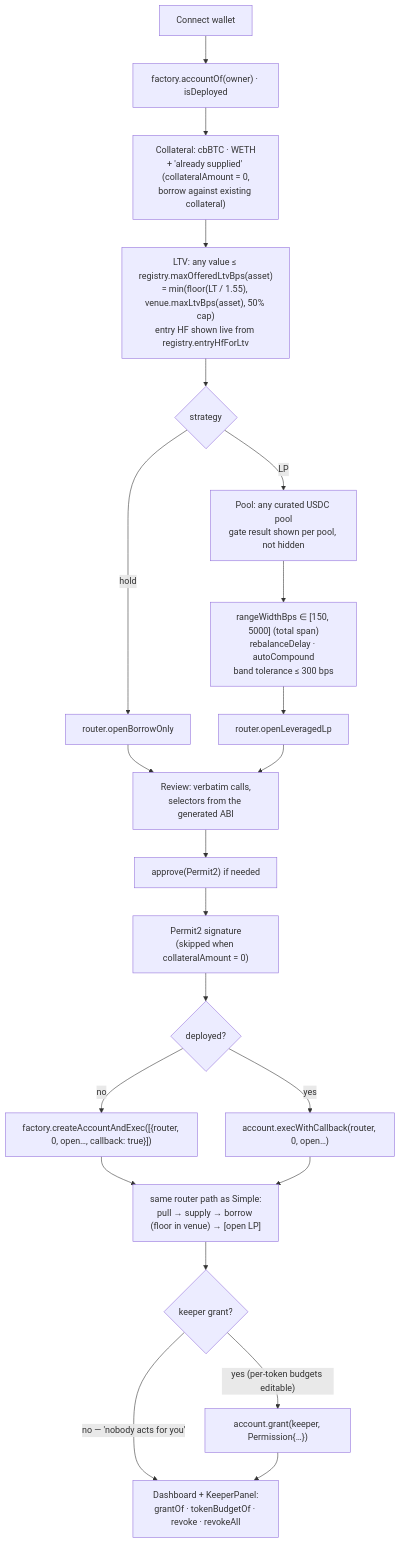
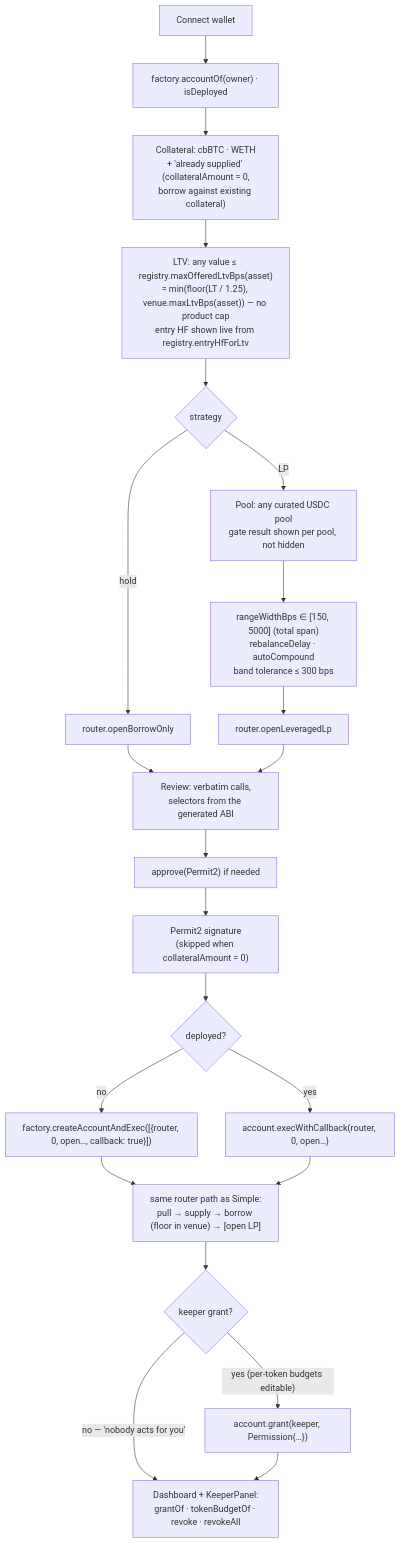
Before and after one commit to mbrobert/ZEC-Defi-App: the second of 3 diagrams in docs/DEPOSIT-FLOW.md, drawn with Mermaid. The commit also changed other lines of this file and 91 other files, not shown here.

````diff
--- a/docs/DEPOSIT-FLOW.md
+++ b/docs/DEPOSIT-FLOW.md
@@ -110,24 +110,24 @@
 ```mermaid
 flowchart TD
     W[Connect wallet] --> A["factory.accountOf(owner) · isDeployed"]
 
     A --> C1["Collateral: cbBTC · WETH<br/>+ 'already supplied' (collateralAmount = 0,<br/>borrow against existing collateral)"]
-    C1 --> C2["LTV: any value ≤ registry.maxOfferedLtvBps(asset)<br/>= min(floor(LT / 1.55), venue.maxLtvBps(asset), 50% cap)<br/>entry HF shown live from registry.entryHfForLtv"]
+    C1 --> C2["LTV: any value ≤ registry.maxOfferedLtvBps(asset)<br/>= min(floor(LT / 1.25), venue.maxLtvBps(asset)) — no product cap<br/>entry HF shown live from registry.entryHfForLtv"]
     C2 --> C3{strategy}
     C3 -- hold --> H["router.openBorrowOnly"]
     C3 -- LP --> C4["Pool: any curated USDC pool<br/>gate result shown per pool, not hidden"]
     C4 --> C5["rangeWidthBps ∈ [150, 5000] (total span)<br/>rebalanceDelay · autoCompound<br/>band tolerance ≤ 300 bps"]
     C5 --> L["router.openLeveragedLp"]
 
     H --> R[Review: verbatim calls,<br/>selectors from the generated ABI]
     L --> R
     R --> S1["approve(Permit2) if needed"] --> S2["Permit2 signature<br/>(skipped when collateralAmount = 0)"] --> T{"deployed?"}
     T -- no --> T1["factory.createAccountAndExec([{router, 0, open…, callback: true}])"]
     T -- yes --> T2["account.execWithCallback(router, 0, open…)"]
     T1 --> X["same router path as Simple:<br/>pull → supply → borrow (floor in venue) → [open LP]"]
     T2 --> X
     X --> K{keeper grant?}
     K -- "yes (per-token budgets editable)" --> K1["account.grant(keeper, Permission{…})"]
     K -- "no — 'nobody acts for you'" --> D
     K1 --> D[Dashboard + KeeperPanel:<br/>grantOf · tokenBudgetOf · revoke · revokeAll]
 ```
````
